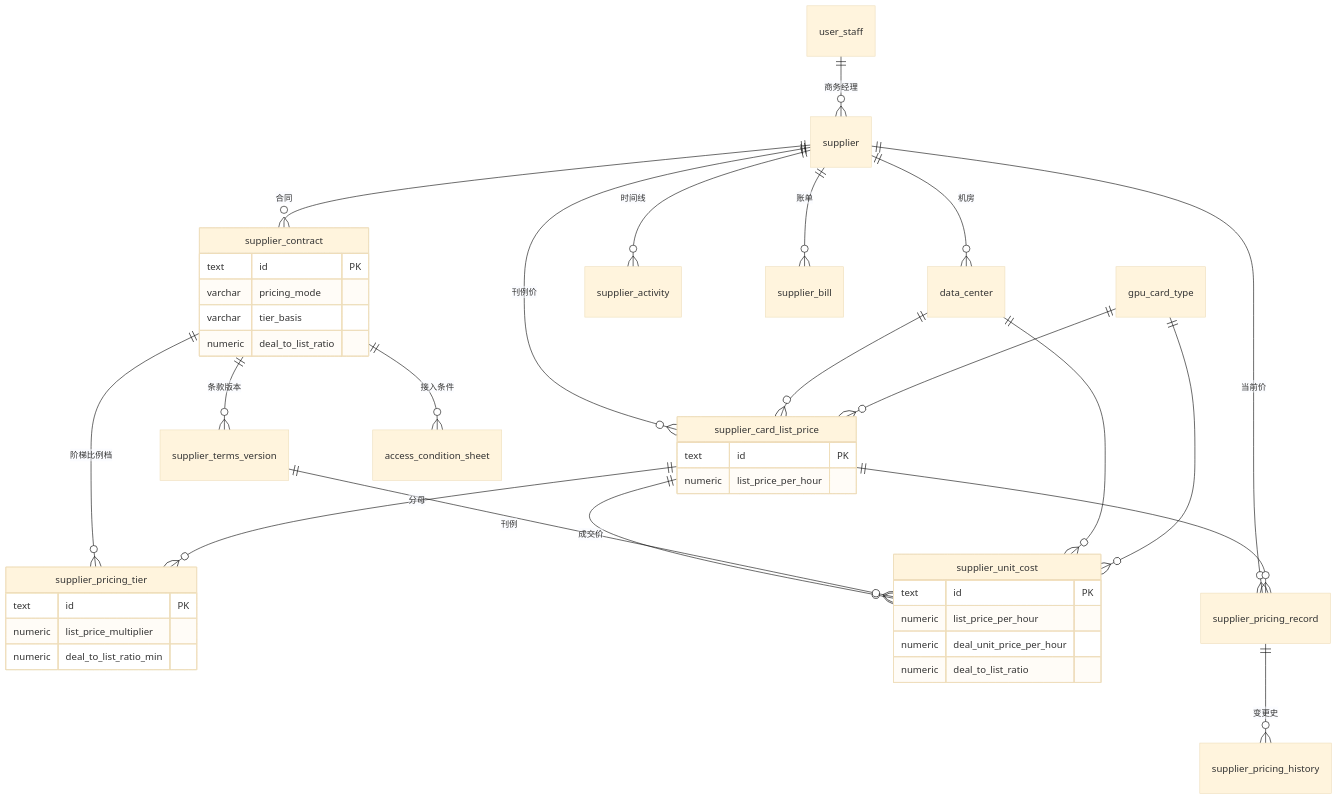
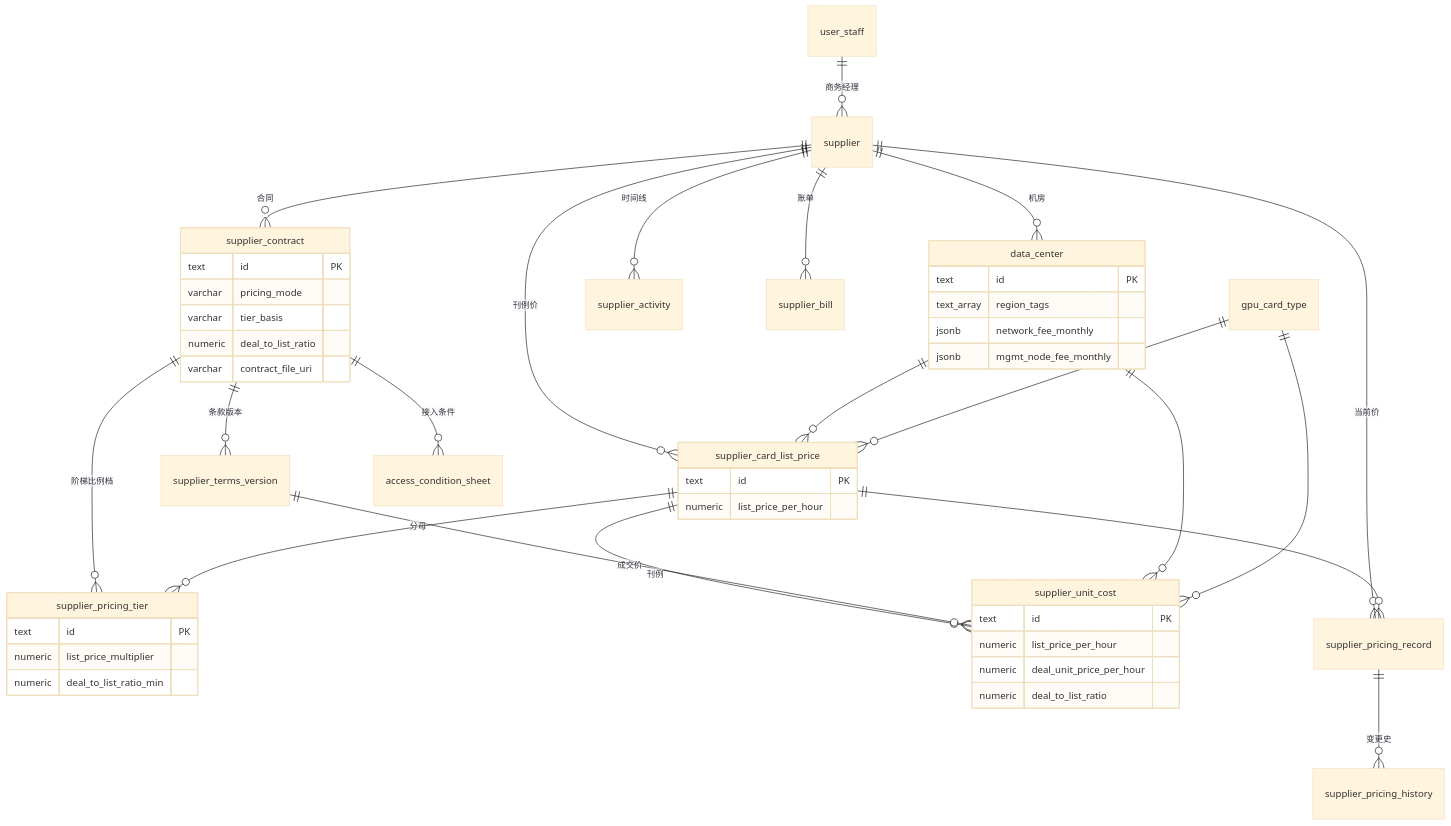
The first of 3 diagrams in apps/web/content/design/supplier-database.md (metacode0602/opencomfy-hub), drawn with Mermaid (base theme) before and after one commit. The commit also changed other lines of this file and 1 other file, not shown here.

````diff
--- a/apps/web/content/design/supplier-database.md
+++ b/apps/web/content/design/supplier-database.md
@@ -957,47 +1080,55 @@
 ```mermaid
 erDiagram
   supplier ||--o{ data_center : "机房"
   supplier ||--o{ supplier_contract : "合同"
   supplier ||--o{ supplier_activity : "时间线"
   supplier ||--o{ supplier_bill : "账单"
   supplier ||--o{ supplier_card_list_price : "刊例价"
   supplier_contract ||--o{ supplier_pricing_tier : "阶梯比例档"
   supplier_contract ||--o{ supplier_terms_version : "条款版本"
   supplier_contract ||--o{ access_condition_sheet : "接入条件"
   supplier_card_list_price ||--o{ supplier_pricing_tier : "分母"
   supplier_card_list_price ||--o{ supplier_unit_cost : "刊例"
   supplier_terms_version ||--o{ supplier_unit_cost : "成交价"
   data_center ||--o{ supplier_card_list_price : ""
   gpu_card_type ||--o{ supplier_card_list_price : ""
   data_center ||--o{ supplier_unit_cost : ""
   gpu_card_type ||--o{ supplier_unit_cost : ""
   supplier ||--o{ supplier_pricing_record : "当前价"
   supplier_card_list_price ||--o{ supplier_pricing_record : ""
   supplier_pricing_record ||--o{ supplier_pricing_history : "变更史"
   user_staff ||--o{ supplier : "商务经理"
 
   supplier_card_list_price {
     text id PK
     numeric list_price_per_hour
   }
 
   supplier_contract {
     text id PK
     varchar pricing_mode
     varchar tier_basis
     numeric deal_to_list_ratio
+    varchar contract_file_uri
+  }
+
+  data_center {
+    text id PK
+    text_array region_tags
+    jsonb network_fee_monthly
+    jsonb mgmt_node_fee_monthly
   }
 
   supplier_pricing_tier {
     text id PK
     numeric list_price_multiplier
     numeric deal_to_list_ratio_min
   }
 
   supplier_unit_cost {
     text id PK
     numeric list_price_per_hour
     numeric deal_unit_price_per_hour
     numeric deal_to_list_ratio
   }
 ```
````
